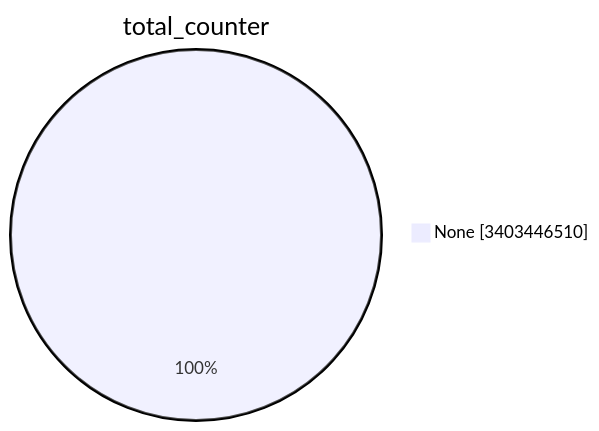
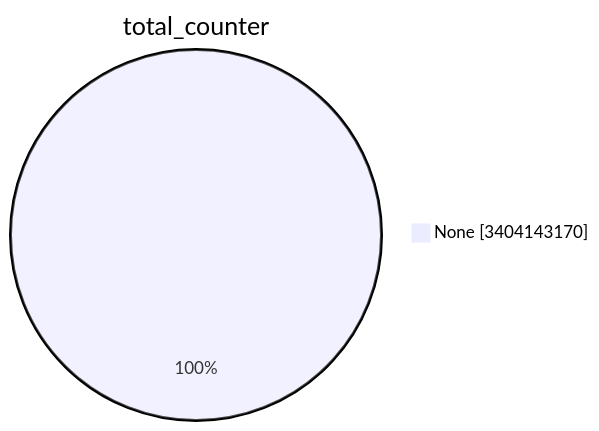
Before and after one commit to christiankrug/ctmonitor_visualization: the first of 15 diagrams in TOTAL/README.md, drawn with Mermaid. The commit also changed other lines of this file, not shown here.

````diff
--- a/TOTAL/README.md
+++ b/TOTAL/README.md
@@ -1,5 +1,5 @@
 ```mermaid
 pie showData
 title total_counter
-"None" :3403446510
+"None" :3404143170
 ```
````
